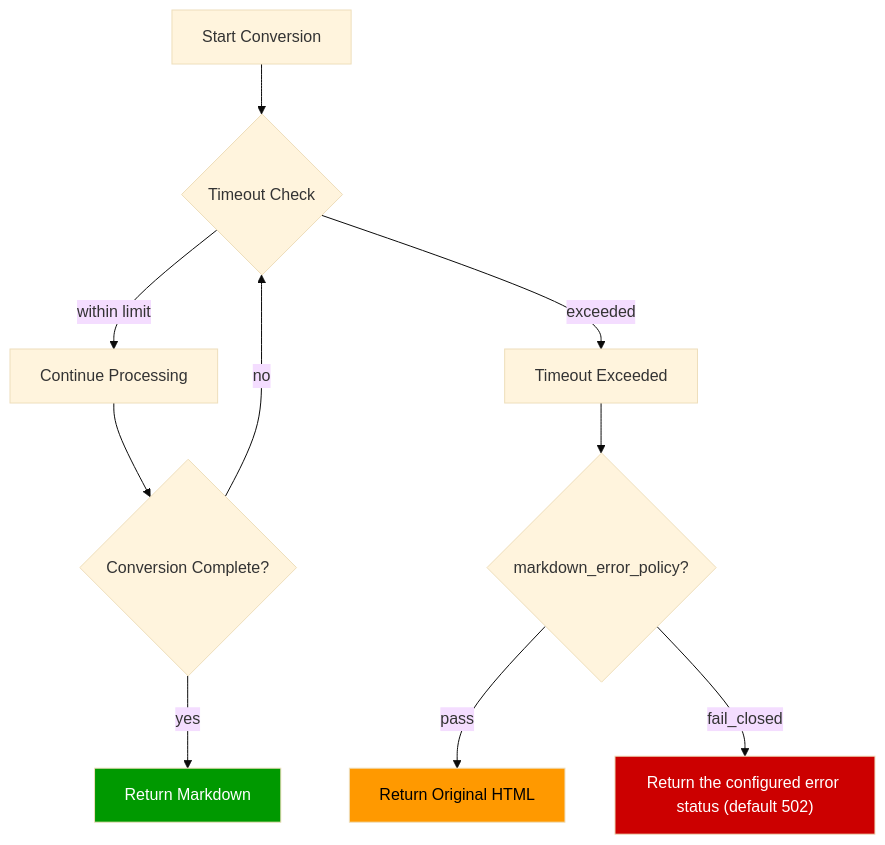
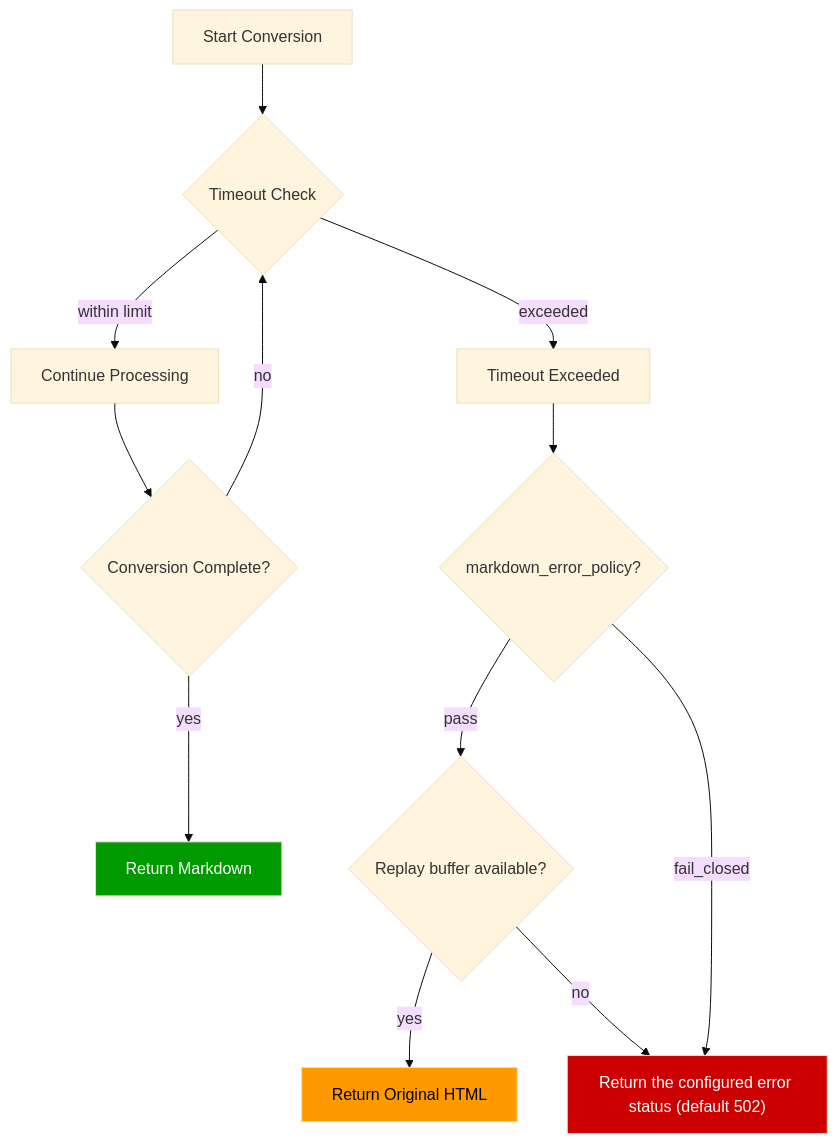
The diagram in docs/features/COOPERATIVE_TIMEOUT.md (cnkang/nginx-markdown-for-agents), drawn with Mermaid (base theme) before and after one commit. The commit also changed 1 other file, not shown here.

Commit message:
fix(streaming): preserve temporary flag in deep clone; document replay-buffer fail-closed exception
- clone_chain_deep preserves the source buffer's temporary flag; empty
  control buffers (flush/sync sentinels) are accepted by the write filter
  via their preserved flush/sync flags (CR MAJOR).
- COOPERATIVE_TIMEOUT.md flow diagram shows the pass branch's
  replay-buffer exception: when consumed upstream bytes are unavailable
  before commit, return the configured fail-closed status instead of the
  original HTML (CR MINOR).

````diff
--- a/docs/features/COOPERATIVE_TIMEOUT.md
+++ b/docs/features/COOPERATIVE_TIMEOUT.md
@@ -5,16 +5,18 @@
 ```mermaid
 flowchart TD
     Start["Start Conversion"] --> Check{"Timeout Check"}
     Check -->|within limit| Continue["Continue Processing"]
     Check -->|exceeded| Fail["Timeout Exceeded"]
     Continue --> Done{"Conversion Complete?"}
     Done -->|yes| Success["Return Markdown"]
     Done -->|no| Check
     Fail --> OnError{"markdown_error_policy?"}
-    OnError -->|pass| FailOpen["Return Original HTML"]
+    OnError -->|pass| ReplayAvail{"Replay buffer available?"}
+    ReplayAvail -->|yes| FailOpen["Return Original HTML"]
+    ReplayAvail -->|no| FailClosed["Return the configured fail-closed status (429/503/502)"]
     OnError -->|fail_closed| FailClosed["Return the configured error status (default 502)"]
 
     style Success fill:#090,color:#fff
     style FailOpen fill:#f90,color:#000
     style FailClosed fill:#c00,color:#fff
 ```
````
